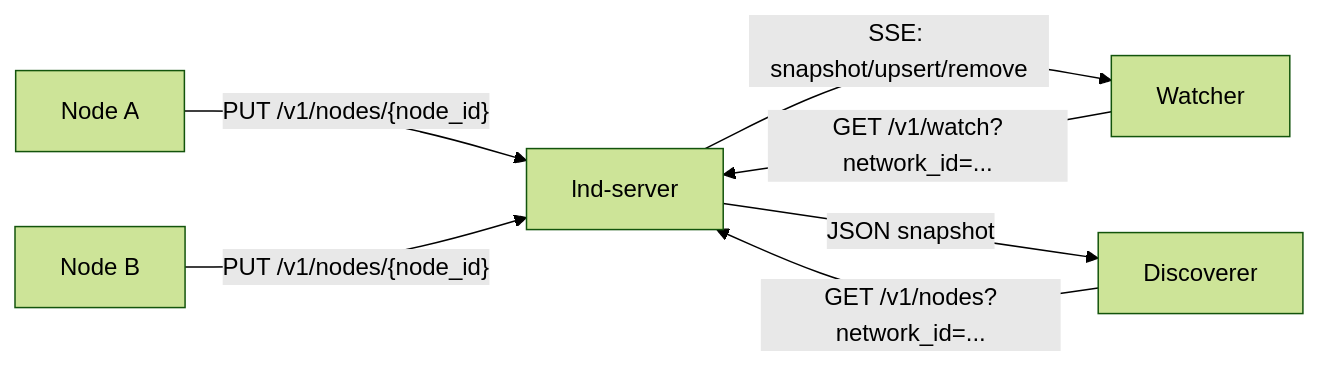
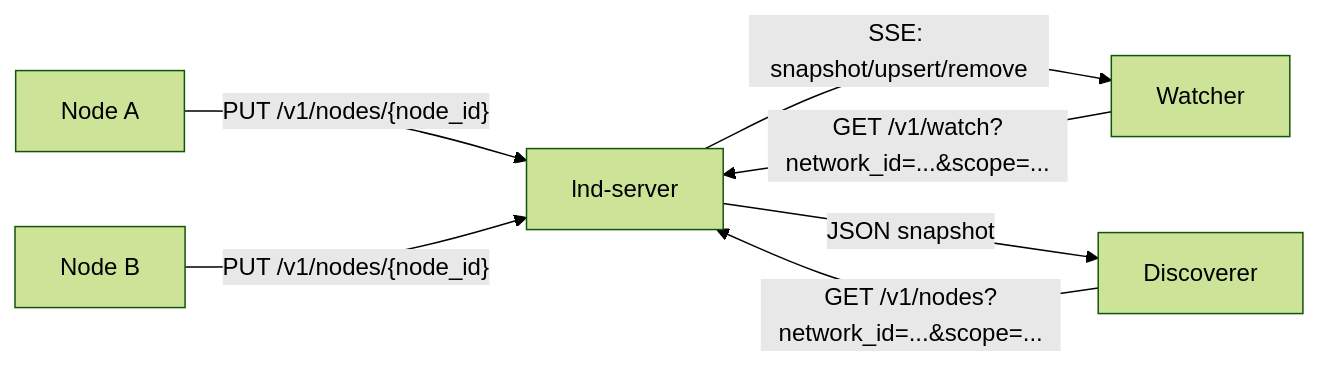
One commit to azazo1/lnd changed the diagram in README.md. Above: the diagram before and after it, drawn with Mermaid (forest theme). The commit also changed other lines of this file and 18 other files, not shown here.

First line of the commit message:
feat(discovery): add reachability scope overlap alongside optional network_id

````diff
--- a/README.md
+++ b/README.md
@@ -42,9 +44,9 @@
 ```mermaid
 flowchart LR
     A["Node A"] -->|"PUT /v1/nodes/{node_id}"| S["lnd-server"]
     B["Node B"] -->|"PUT /v1/nodes/{node_id}"| S
-    C["Watcher"] -->|"GET /v1/watch?network_id=..."| S
-    D["Discoverer"] -->|"GET /v1/nodes?network_id=..."| S
+    C["Watcher"] -->|"GET /v1/watch?network_id=...&scope=..."| S
+    D["Discoverer"] -->|"GET /v1/nodes?network_id=...&scope=..."| S
     S -->|"SSE: snapshot/upsert/remove"| C
     S -->|"JSON snapshot"| D
 ```
````
